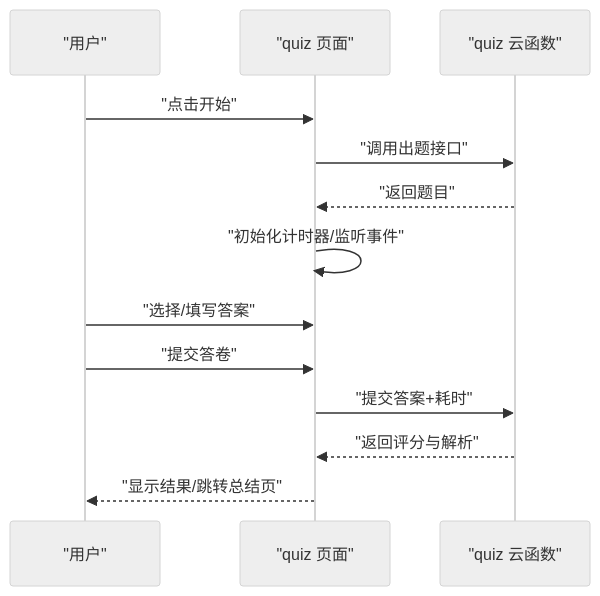
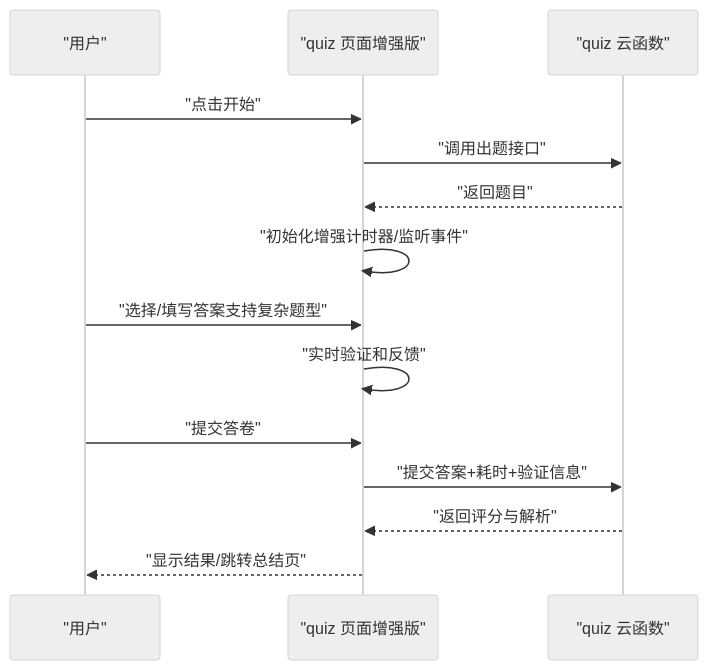
Before and after one commit to cwb7756/bio: the fifth of 13 diagrams in .qoder/repowiki/zh/content/核心功能模块/测验系统/测验系统.md, drawn with Mermaid (neutral theme). The commit also changed other lines of this file and 45 other files, not shown here.

````diff
--- a/.qoder/repowiki/zh/content/核心功能模块/测验系统/测验系统.md
+++ b/.qoder/repowiki/zh/content/核心功能模块/测验系统/测验系统.md
@@ -225,15 +251,16 @@
 ```mermaid
 sequenceDiagram
 participant U as "用户"
-participant Q as "quiz 页面"
+participant Q as "quiz 页面增强版"
 participant C as "quiz 云函数"
 U->>Q : "点击开始"
 Q->>C : "调用出题接口"
 C-->>Q : "返回题目"
-Q->>Q : "初始化计时器/监听事件"
-U->>Q : "选择/填写答案"
+Q->>Q : "初始化增强计时器/监听事件"
+U->>Q : "选择/填写答案支持复杂题型"
+Q->>Q : "实时验证和反馈"
 U->>Q : "提交答卷"
-Q->>C : "提交答案+耗时"
+Q->>C : "提交答案+耗时+验证信息"
 C-->>Q : "返回评分与解析"
 Q-->>U : "显示结果/跳转总结页"
 ```
````
